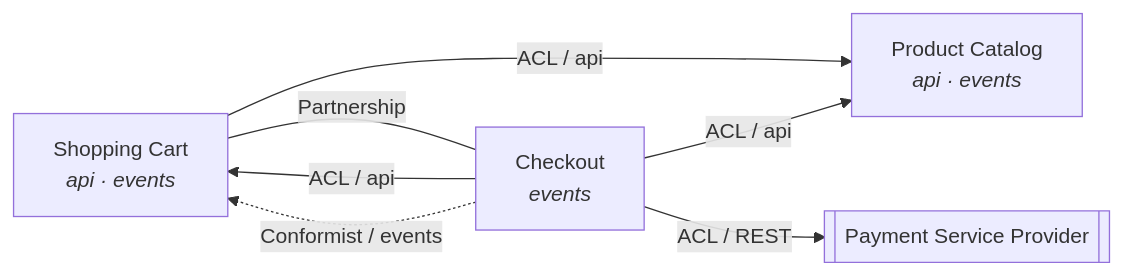
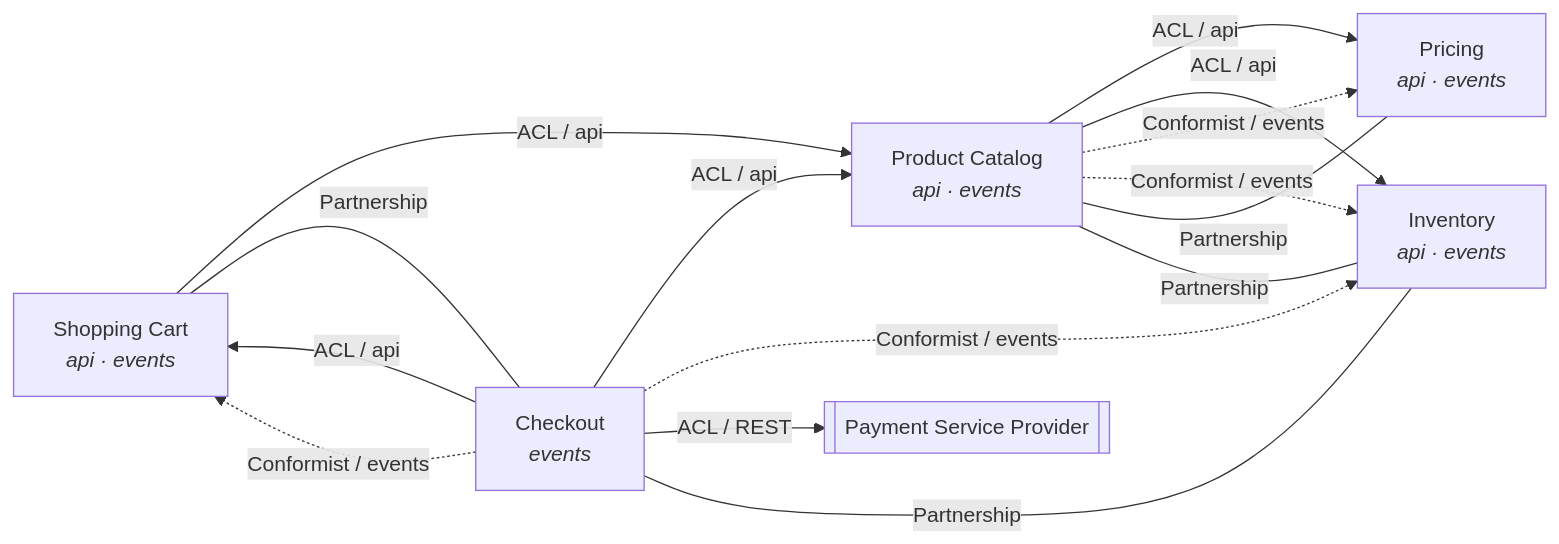
One commit to domain-centric-development/dca-ecommerce-sample-dotnet changed the diagram in docs/context-map.md. Above: the diagram before and after it, drawn with Mermaid. The commit also changed other lines of this file and 63 other files, not shown here.

First line of the commit message:
feat: Pricing and Inventory bounded contexts replace the stand-in adapters

````diff
--- a/docs/context-map.md
+++ b/docs/context-map.md
@@ -26,14 +28,24 @@
 ```mermaid
 graph LR
   Cart["Shopping Cart<br/><i>api · events</i>"]
   Checkout["Checkout<br/><i>events</i>"]
+  Inventory["Inventory<br/><i>api · events</i>"]
+  Pricing["Pricing<br/><i>api · events</i>"]
   Product["Product Catalog<br/><i>api · events</i>"]
 
   Cart -->|"ACL / api"| Product
   Checkout -->|"ACL / api"| Product
   Checkout -->|"ACL / api"| Cart
   Checkout -.->|"Conformist / events"| Cart
+  Checkout -.->|"Conformist / events"| Inventory
+  Product -->|"ACL / api"| Pricing
+  Product -->|"ACL / api"| Inventory
+  Product -.->|"Conformist / events"| Pricing
+  Product -.->|"Conformist / events"| Inventory
   ext_payment_service_provider[["Payment Service Provider"]]
   Checkout -->|"ACL / REST"| ext_payment_service_provider
   Cart ---|"Partnership"| Checkout
+  Checkout ---|"Partnership"| Inventory
+  Inventory ---|"Partnership"| Product
+  Pricing ---|"Partnership"| Product
 ```
````
